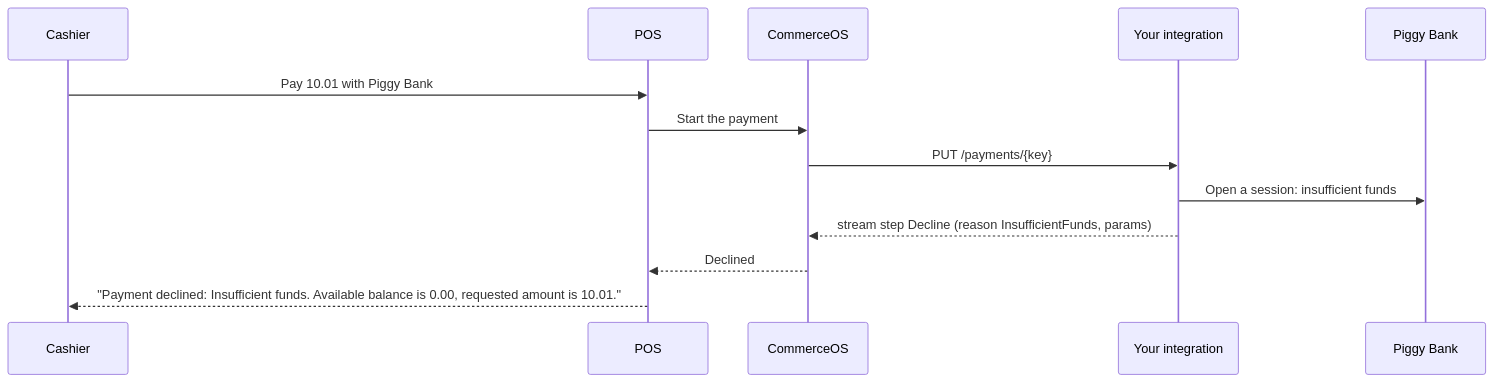
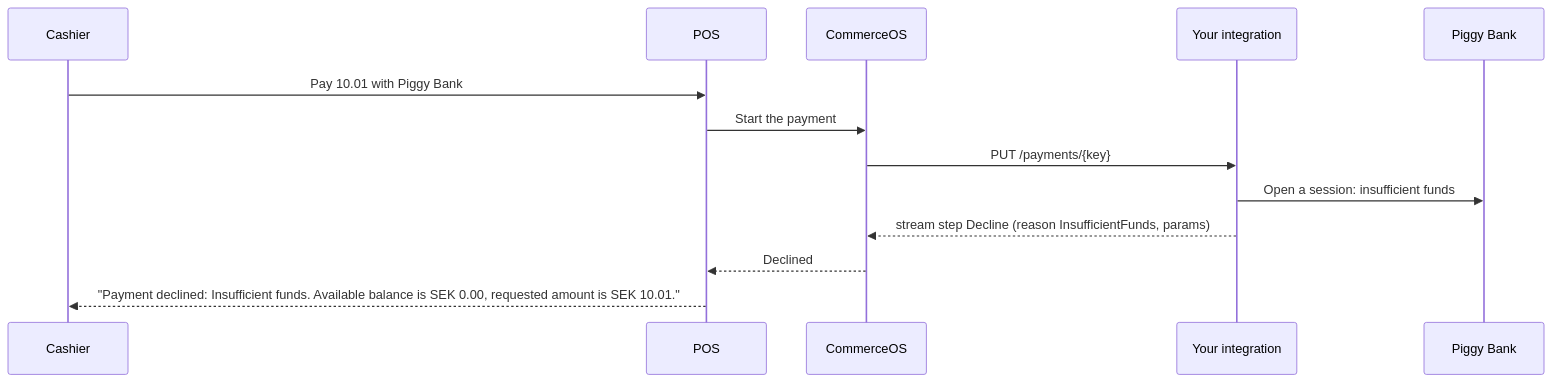
One commit to ByHeads/commerceos-api-reference changed the first of 4 diagrams in guide/examples/payment-epi/flows.md. Above: the diagram before and after it, drawn with Mermaid. The commit also changed other lines of this file and 7 other files, not shown here.

````diff
--- a/guide/examples/payment-epi/flows.md
+++ b/guide/examples/payment-epi/flows.md
@@ -8,15 +8,15 @@
 ```mermaid
 sequenceDiagram
     participant Cashier
     participant POS
     participant CommerceOS
     participant Integration as Your integration
     participant Bank as Piggy Bank
     Cashier->>POS: Pay 10.01 with Piggy Bank
     POS->>CommerceOS: Start the payment
     CommerceOS->>Integration: PUT /payments/{key}
     Integration->>Bank: Open a session: insufficient funds
     Integration-->>CommerceOS: stream step Decline (reason InsufficientFunds, params)
     CommerceOS-->>POS: Declined
-    POS-->>Cashier: "Payment declined: Insufficient funds. Available balance is 0.00, requested amount is 10.01."
+    POS-->>Cashier: "Payment declined: Insufficient funds. Available balance is SEK 0.00, requested amount is SEK 10.01."
 ```
````
